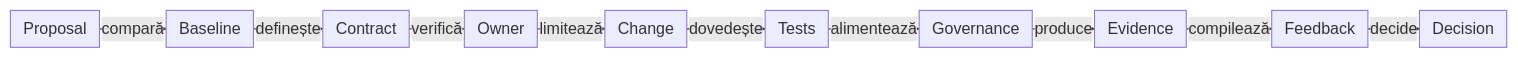
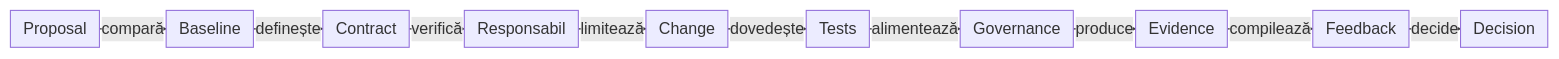
The first of 5 diagrams in docs/ATF_AI_Evaluation_Design.md (crististefanita/atf_j0), drawn with Mermaid before and after one commit. The commit also changed other lines of this file and 113 other files, not shown here.

````diff
--- a/docs/ATF_AI_Evaluation_Design.md
+++ b/docs/ATF_AI_Evaluation_Design.md
@@ -884,13 +929,13 @@
 ```mermaid
 %%{init: {"themeVariables":{"fontSize":"15px"},"themeCSS":".nodeLabel, .nodeLabel p { font-size: 15px !important; line-height: 1.35 !important; } .edgeLabel, .edgeLabel p { font-size: 12px !important; font-weight: 400 !important; line-height: 1.2 !important; } .edgeLabel .labelBkg, .edgeLabel p { background: transparent !important; } .edgeLabel foreignObject { transform: translateY(-18px); overflow: visible; } .node rect { rx: 6px; ry: 6px; }","flowchart":{"curve":"linear","nodeSpacing":24,"rankSpacing":4,"padding":6,"diagramPadding":20}}}%%
 flowchart LR
     Agent["Proposal"] -->|compară| Baseline["Baseline"]
     Baseline -->|definește| Contract["Contract"]
-    Contract -->|verifică| Owner["Owner"]
+    Contract -->|verifică| Owner["Responsabil"]
     Owner -->|limitează| Implement["Change"]
     Implement -->|dovedește| Unit["Tests"]
     Unit -->|alimentează| Governance["Governance"]
     Governance -->|produce| Artifact["Evidence"]
     Artifact -->|compilează| Handoff["Feedback"]
     Handoff -->|decide| Next["Decision"]
 ```
````
